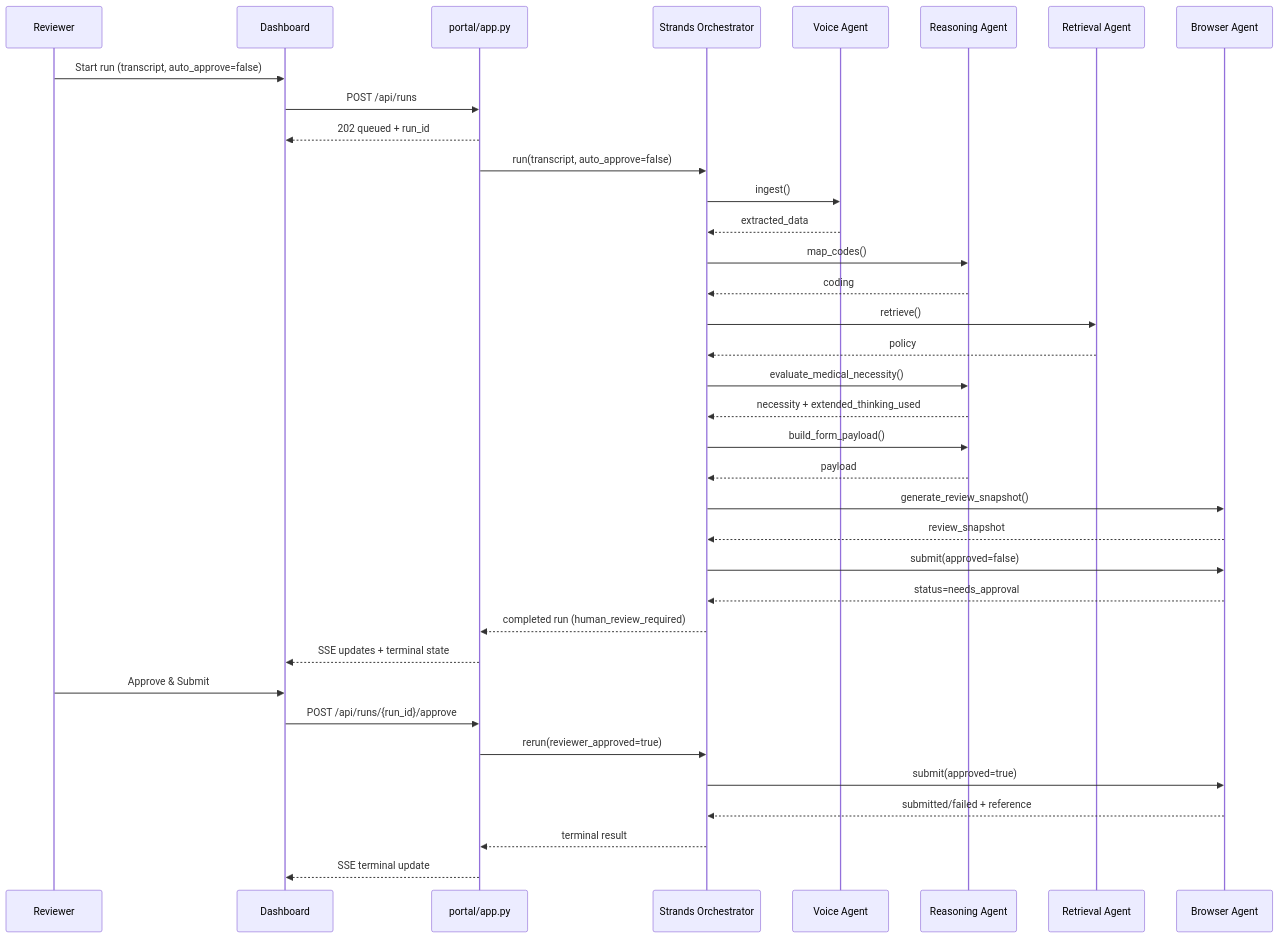
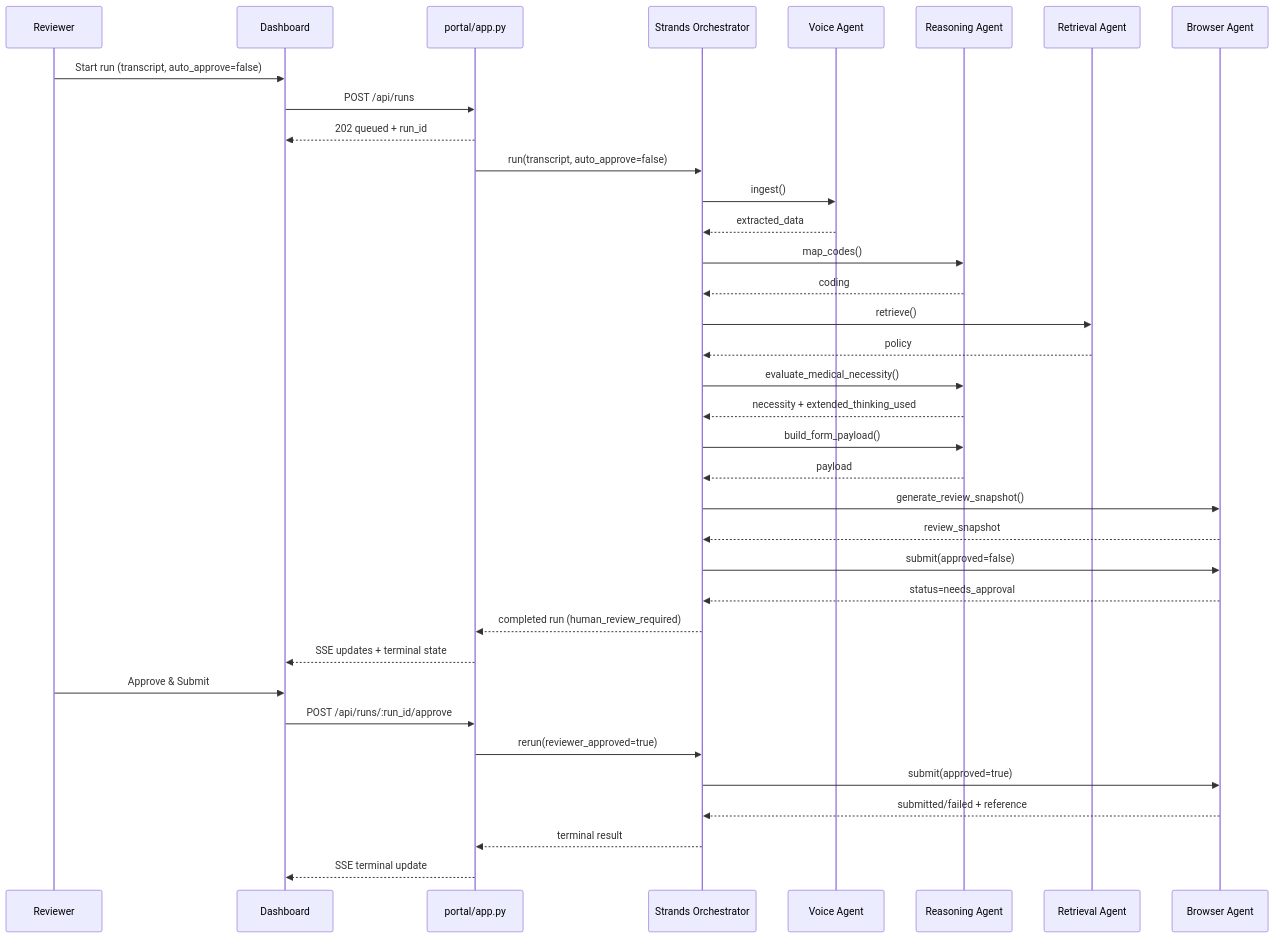
The second of 2 diagrams in docs/system-architecture.md (AJ-EN/amazon-nova-hackathon), drawn with Mermaid before and after one commit. The commit also changed other lines of this file, not shown here.

Commit message:
Fix SSE stream and API endpoint formatting in system architecture documentation

````diff
--- a/docs/system-architecture.md
+++ b/docs/system-architecture.md
@@ -44,41 +44,41 @@
 ```mermaid
 sequenceDiagram
     participant User as Reviewer
     participant UI as Dashboard
     participant API as portal/app.py
     participant Orch as Strands Orchestrator
     participant Voice as Voice Agent
     participant Reason as Reasoning Agent
     participant Ret as Retrieval Agent
     participant Browser as Browser Agent
 
     User->>UI: Start run (transcript, auto_approve=false)
     UI->>API: POST /api/runs
     API-->>UI: 202 queued + run_id
     API->>Orch: run(transcript, auto_approve=false)
 
     Orch->>Voice: ingest()
     Voice-->>Orch: extracted_data
     Orch->>Reason: map_codes()
     Reason-->>Orch: coding
     Orch->>Ret: retrieve()
     Ret-->>Orch: policy
     Orch->>Reason: evaluate_medical_necessity()
     Reason-->>Orch: necessity + extended_thinking_used
     Orch->>Reason: build_form_payload()
     Reason-->>Orch: payload
     Orch->>Browser: generate_review_snapshot()
     Browser-->>Orch: review_snapshot
     Orch->>Browser: submit(approved=false)
     Browser-->>Orch: status=needs_approval
     Orch-->>API: completed run (human_review_required)
     API-->>UI: SSE updates + terminal state
 
     User->>UI: Approve & Submit
-    UI->>API: POST /api/runs/{run_id}/approve
+    UI->>API: POST /api/runs/:run_id/approve
     API->>Orch: rerun(reviewer_approved=true)
     Orch->>Browser: submit(approved=true)
     Browser-->>Orch: submitted/failed + reference
     Orch-->>API: terminal result
     API-->>UI: SSE terminal update
 ```
````
